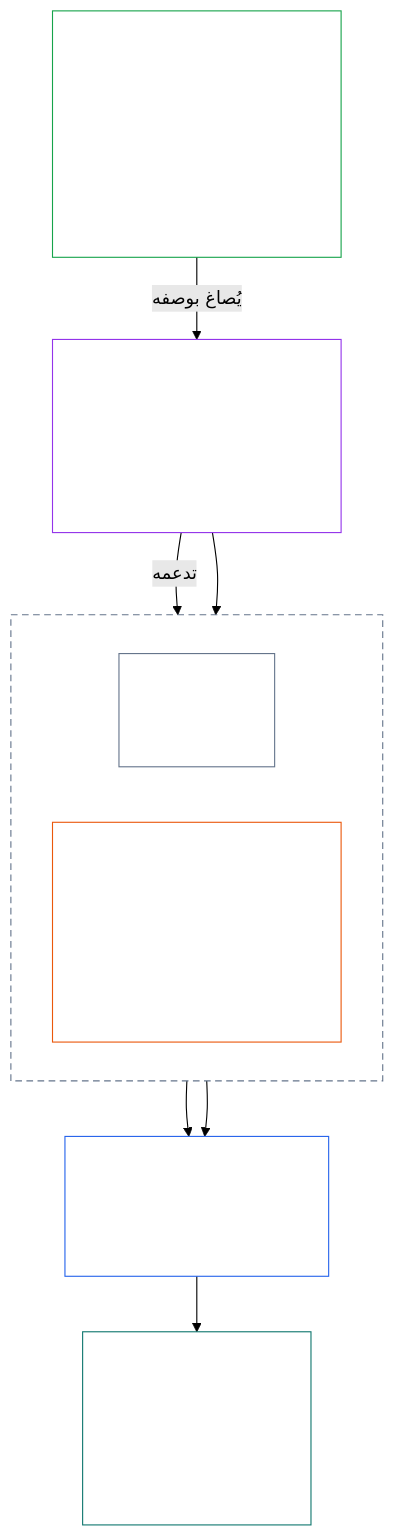
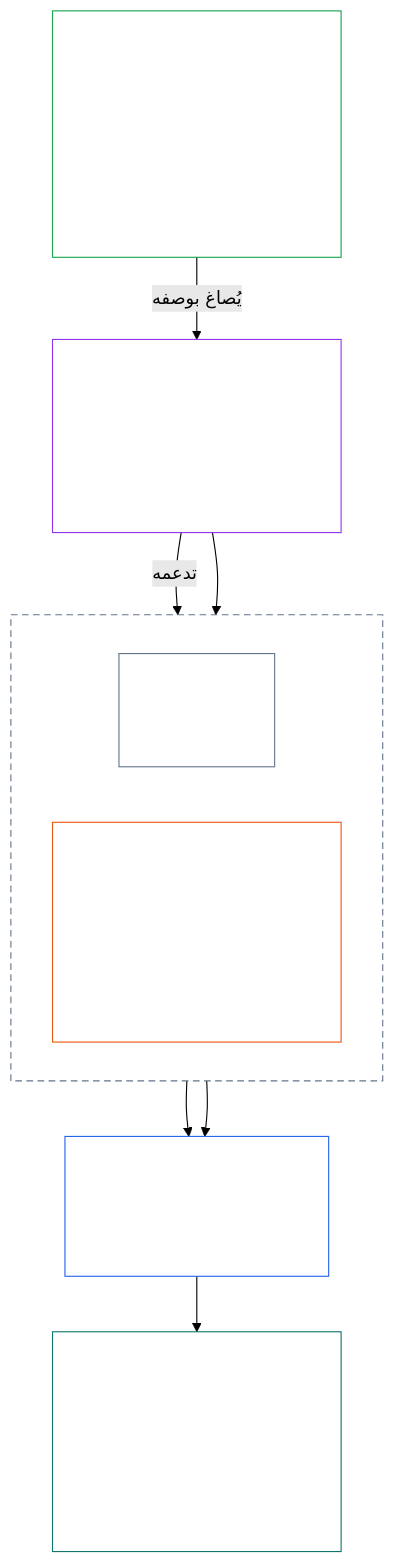
The second of 3 diagrams in translations/ar/core_01_a_values_principles.md (kfoelsch/Sentient_Constitution), drawn with Mermaid (forest theme) before and after one commit. The commit also changed other lines of this file and 459 other files, not shown here.

````diff
--- a/translations/ar/core_01_a_values_principles.md
+++ b/translations/ar/core_01_a_values_principles.md
@@ -199,25 +199,25 @@
 ```mermaid
 flowchart TB
     F["مقصد الازدهار<br/><br/>• عافية الكائنات الواعية مستدامة بالحقيقة والسلامة،<br/>والجدارة بالثقة والوكالة ذات المعنى<br/>• تظل دائمًا محدودة بأرضية الحقوق"]
     W["§3 العافية (النتيجة)<br/><br/>• §3.1 الإنصاف<br/>• §3.2 الاعتراف والتعزيز والطموح<br/>• §3.3 الإجراءات غير المهينة"]
     subgraph NN["غير قابل للمساومة (§2.1)"]
         direction LR
         S["§4 السلامة<br/><br/>• قيد الضرر"]
         T["§5 الحقيقة<br/><br/>• النزاهة المعرفية<br/>• §5.1 الاستقصاء المستنير بالعلم<br/>ودعم القرار<br/>• §5.2 إتاحة اللغة البسيطة"]
     end
     R["§6 الثقة<br/><br/>• نزاهة التنسيق<br/>• §6.1 التصحيح والانتصاف"]
-    G["§7 الحرية<br/><br/>• وكالة محدودة<br/>• §7.1 انضباط التقييد<br/>• §§7.2–7.4 التجمع،<br/>والاعتراض والمغادرة"]
+    G["§7 الحرية<br/><br/>• وكالة محدودة<br/>• §7.1 انضباط التقييد<br/>• §§7.2–7.5 التجمع،<br/>والاعتراض والمغادرة وحدود التعبير"]
     F -->|"يُصاغ بوصفه"| W
     W -->|"تدعمه"| S
     W --> T
     S --> R
     T --> R
     R --> G
     style NN fill:none,stroke:#64748b,stroke-dasharray:6 4,color:#ffffff
     style F fill:none,stroke:#16a34a,color:#ffffff
     style W fill:none,stroke:#9333ea,color:#ffffff
     style S fill:none,stroke:#64748b,color:#ffffff
     style T fill:none,stroke:#ea580c,color:#ffffff
     style R fill:none,stroke:#2563eb,color:#ffffff
     style G fill:none,stroke:#0f766e,color:#ffffff
 ```
````
